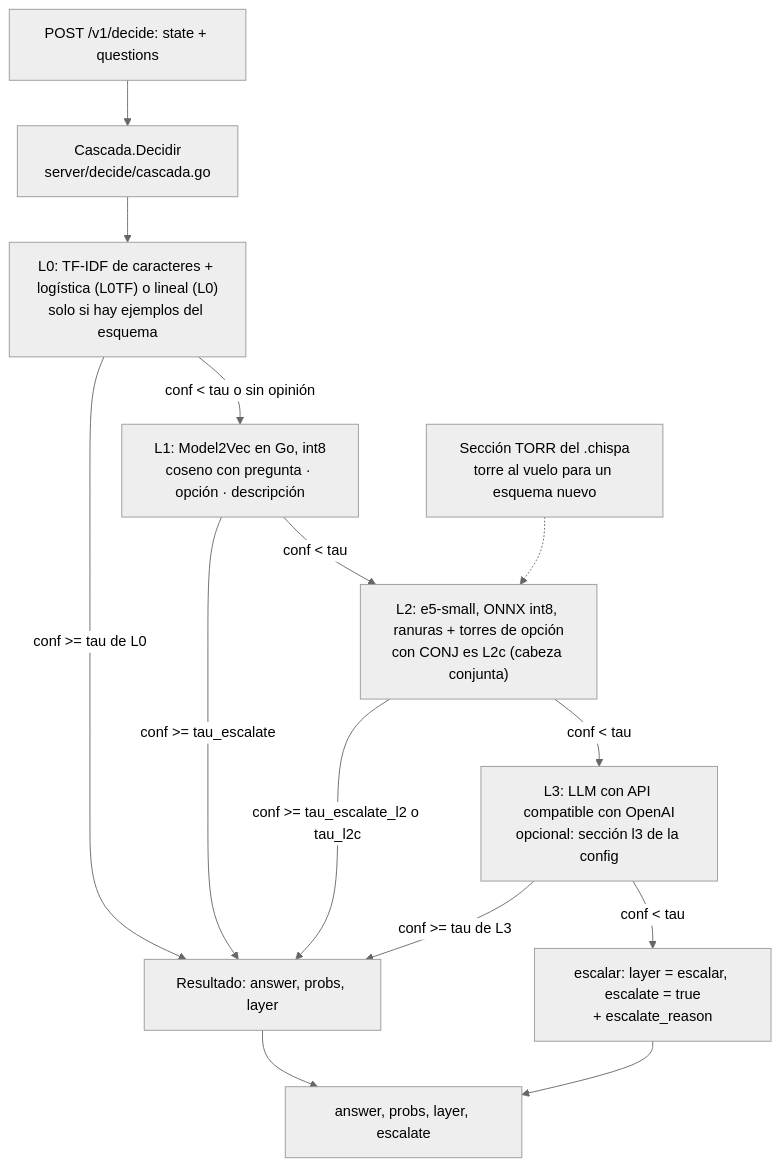
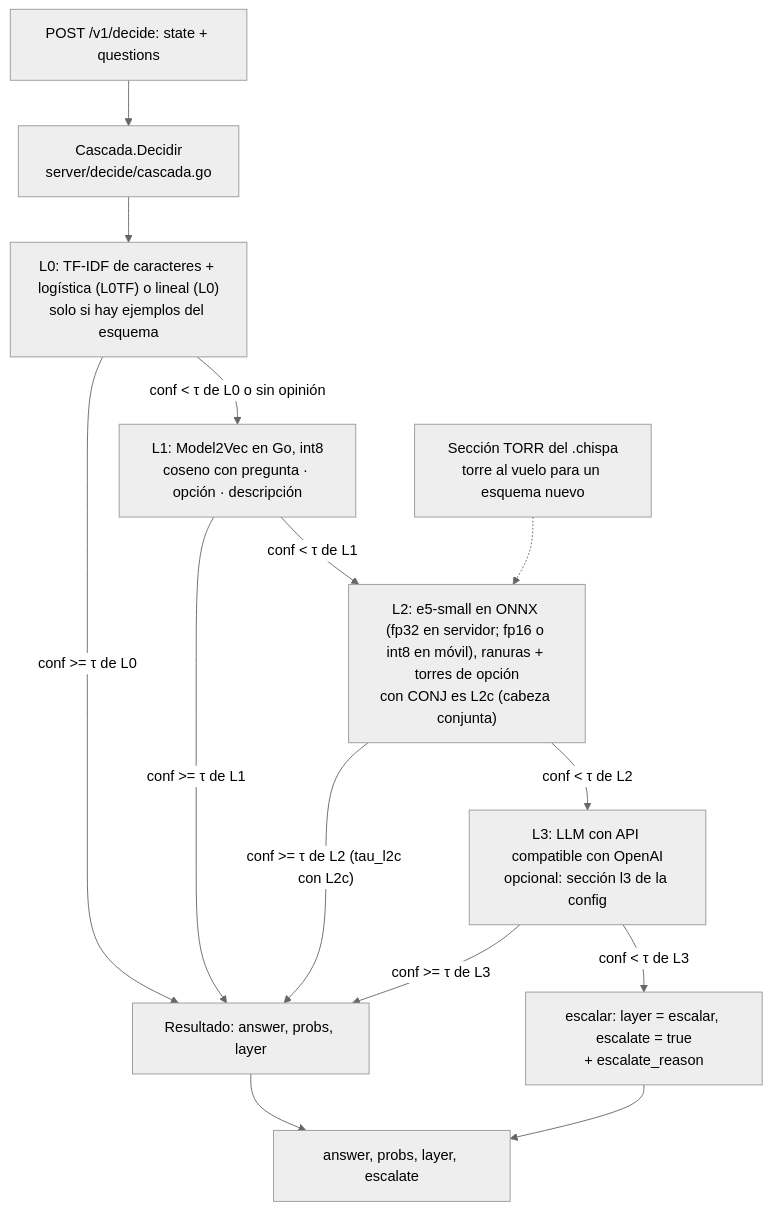
One commit to juan52878911/reto-opus-5.5-chispa changed the first of 4 diagrams in README.md. Above: the diagram before and after it, drawn with Mermaid (neutral theme). The commit also changed other lines of this file, not shown here.

Commit message:
README: umbrales por capa coherentes en el diagrama y precisión de L2 según el perfil (fp32 servidor, fp16/int8 móvil)

````diff
--- a/README.md
+++ b/README.md
@@ -121,16 +121,16 @@
 ```mermaid
 flowchart TD
     P["POST /v1/decide: state + questions"] --> C["Cascada.Decidir<br/>server/decide/cascada.go"]
     C --> L0["L0: TF-IDF de caracteres + logística (L0TF) o lineal (L0)<br/>solo si hay ejemplos del esquema"]
-    L0 -->|"conf >= tau de L0"| R["Resultado: answer, probs, layer"]
-    L0 -->|"conf < tau o sin opinión"| L1["L1: Model2Vec en Go, int8<br/>coseno con pregunta · opción · descripción"]
-    L1 -->|"conf >= tau_escalate"| R
-    L1 -->|"conf < tau"| L2["L2: e5-small, ONNX int8, ranuras + torres de opción<br/>con CONJ es L2c (cabeza conjunta)"]
+    L0 -->|"conf >= τ de L0"| R["Resultado: answer, probs, layer"]
+    L0 -->|"conf < τ de L0 o sin opinión"| L1["L1: Model2Vec en Go, int8<br/>coseno con pregunta · opción · descripción"]
+    L1 -->|"conf >= τ de L1"| R
+    L1 -->|"conf < τ de L1"| L2["L2: e5-small en ONNX (fp32 en servidor; fp16 o int8 en móvil), ranuras + torres de opción<br/>con CONJ es L2c (cabeza conjunta)"]
     TORR["Sección TORR del .chispa<br/>torre al vuelo para un esquema nuevo"] -.-> L2
-    L2 -->|"conf >= tau_escalate_l2 o tau_l2c"| R
-    L2 -->|"conf < tau"| L3["L3: LLM con API compatible con OpenAI<br/>opcional: sección l3 de la config"]
-    L3 -->|"conf >= tau de L3"| R
-    L3 -->|"conf < tau"| E["escalar: layer = escalar, escalate = true<br/>+ escalate_reason"]
+    L2 -->|"conf >= τ de L2 (tau_l2c con L2c)"| R
+    L2 -->|"conf < τ de L2"| L3["L3: LLM con API compatible con OpenAI<br/>opcional: sección l3 de la config"]
+    L3 -->|"conf >= τ de L3"| R
+    L3 -->|"conf < τ de L3"| E["escalar: layer = escalar, escalate = true<br/>+ escalate_reason"]
     R --> OUT["answer, probs, layer, escalate"]
     E --> OUT
 ```
````
